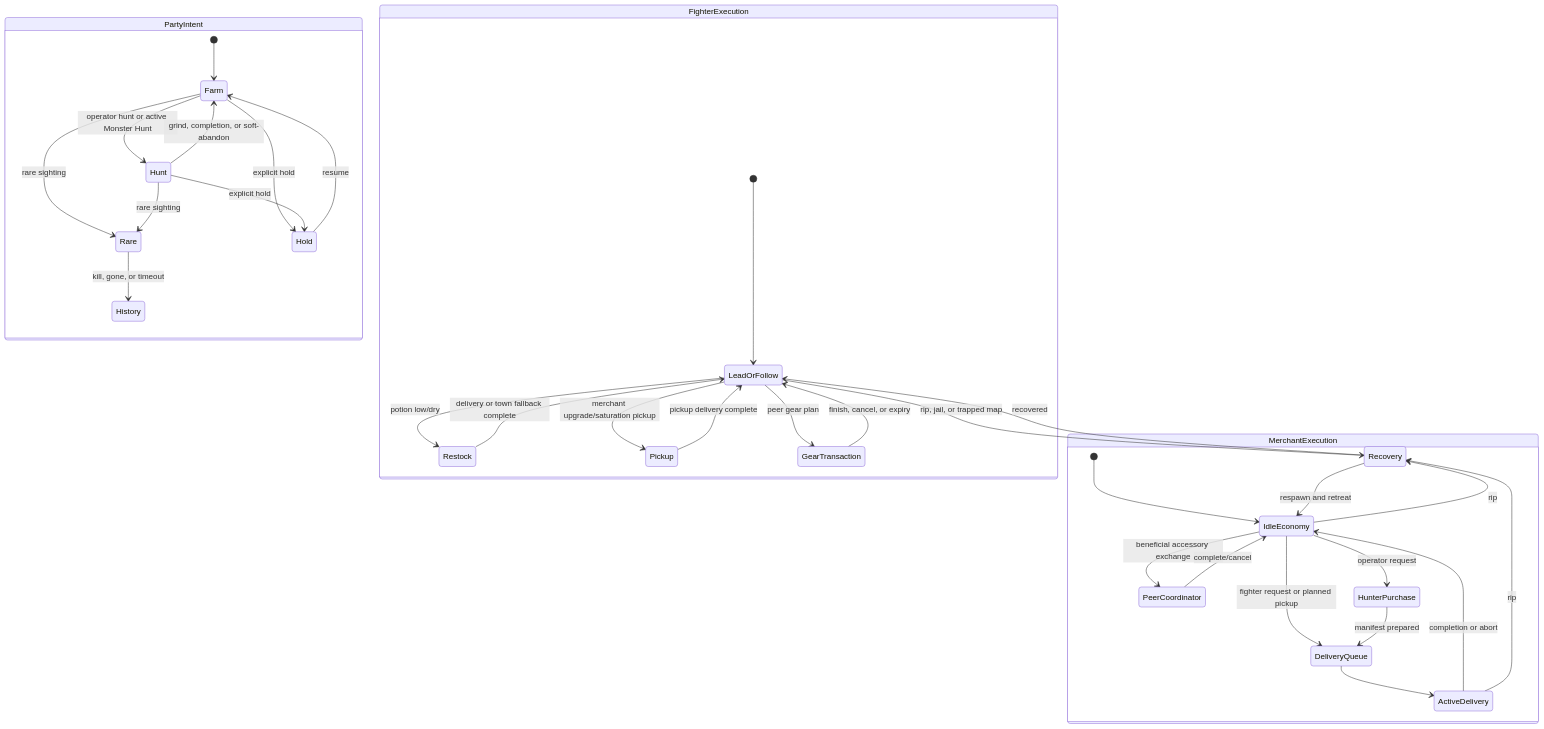
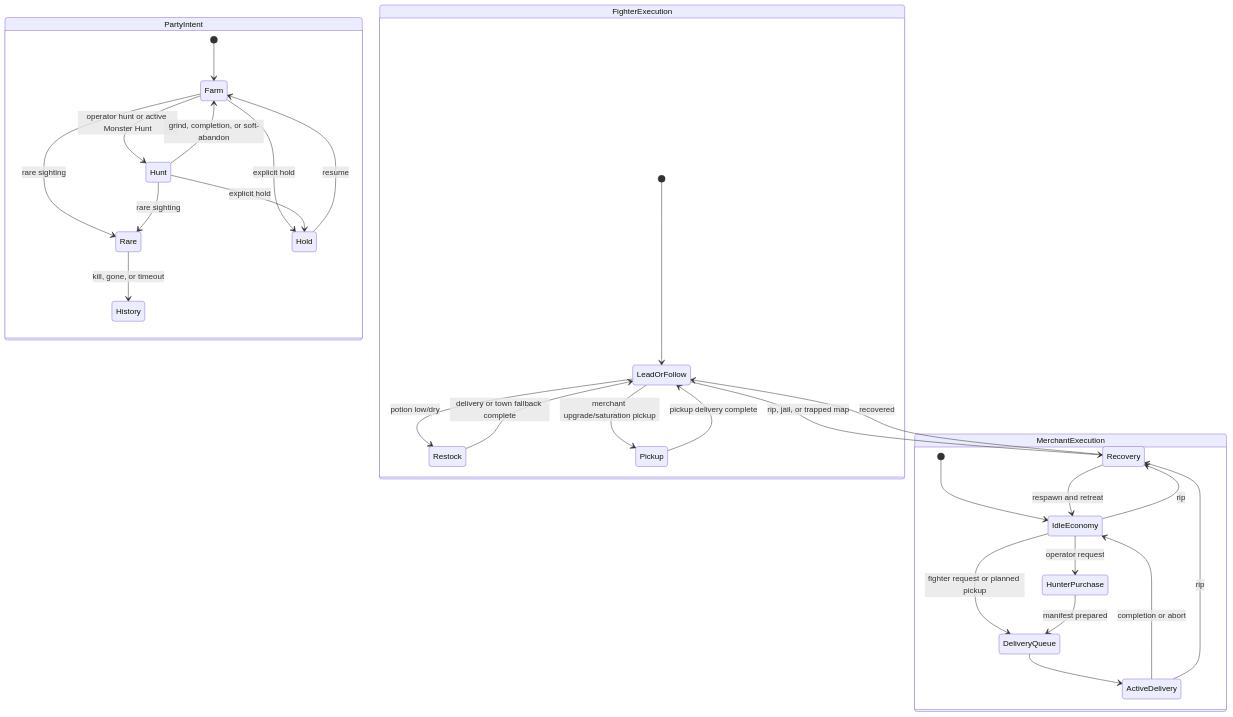
Before and after one commit to lizizatt/scratch: the third of 7 diagrams in adventureland/SYSTEM_ARCHITECTURE.md, drawn with Mermaid. The commit also changed other lines of this file and 9 other files, not shown here.

````diff
--- a/adventureland/SYSTEM_ARCHITECTURE.md
+++ b/adventureland/SYSTEM_ARCHITECTURE.md
@@ -151,41 +148,37 @@
 ```mermaid
 stateDiagram-v2
     state PartyIntent {
         [*] --> Farm
         Farm --> Hunt: operator hunt or active Monster Hunt
         Hunt --> Farm: grind, completion, or soft-abandon
         Farm --> Rare: rare sighting
         Hunt --> Rare: rare sighting
         Rare --> History: kill, gone, or timeout
         state History <<history>>
         Farm --> Hold: explicit hold
         Hunt --> Hold: explicit hold
         Hold --> Farm: resume
     }
 
     state FighterExecution {
         [*] --> LeadOrFollow
         LeadOrFollow --> Restock: potion low/dry
         Restock --> LeadOrFollow: delivery or town fallback complete
         LeadOrFollow --> Pickup: merchant upgrade/saturation pickup
         Pickup --> LeadOrFollow: pickup delivery complete
-        LeadOrFollow --> GearTransaction: peer gear plan
-        GearTransaction --> LeadOrFollow: finish, cancel, or expiry
         LeadOrFollow --> Recovery: rip, jail, or trapped map
         Recovery --> LeadOrFollow: recovered
     }
 
     state MerchantExecution {
         [*] --> IdleEconomy
         IdleEconomy --> DeliveryQueue: fighter request or planned pickup
         DeliveryQueue --> ActiveDelivery
         ActiveDelivery --> IdleEconomy: completion or abort
-        IdleEconomy --> PeerCoordinator: beneficial accessory exchange
-        PeerCoordinator --> IdleEconomy: complete/cancel
         IdleEconomy --> HunterPurchase: operator request
         HunterPurchase --> DeliveryQueue: manifest prepared
         IdleEconomy --> Recovery: rip
         ActiveDelivery --> Recovery: rip
         Recovery --> IdleEconomy: respawn and retreat
     }
 ```
````
